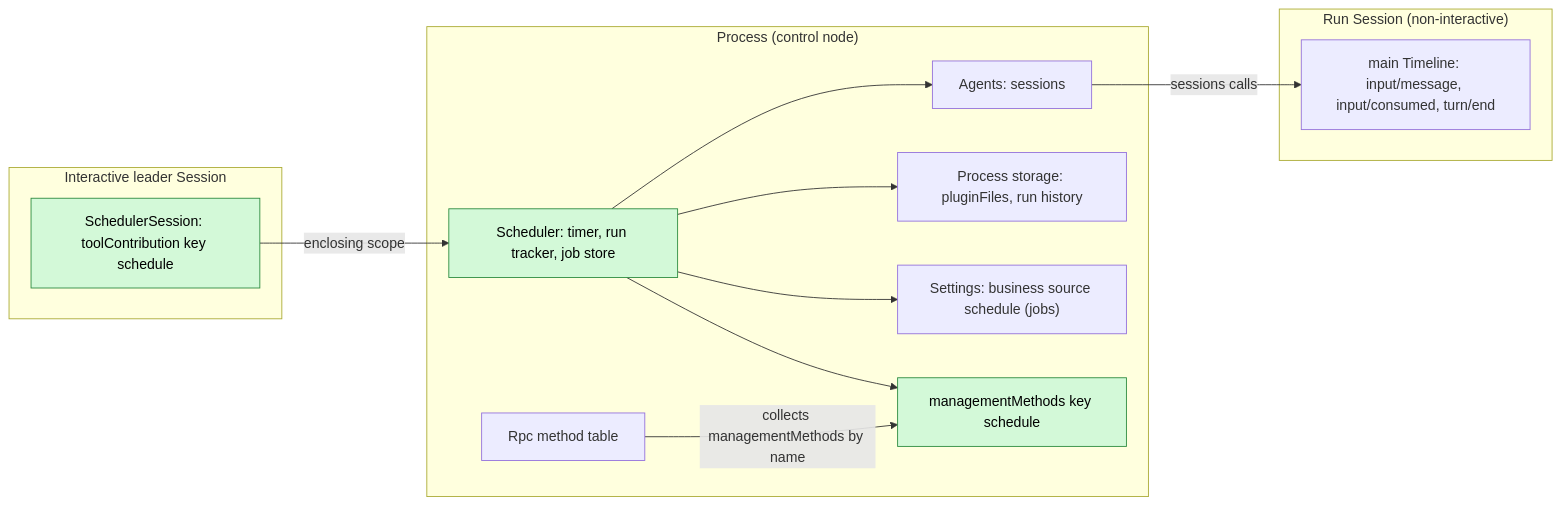
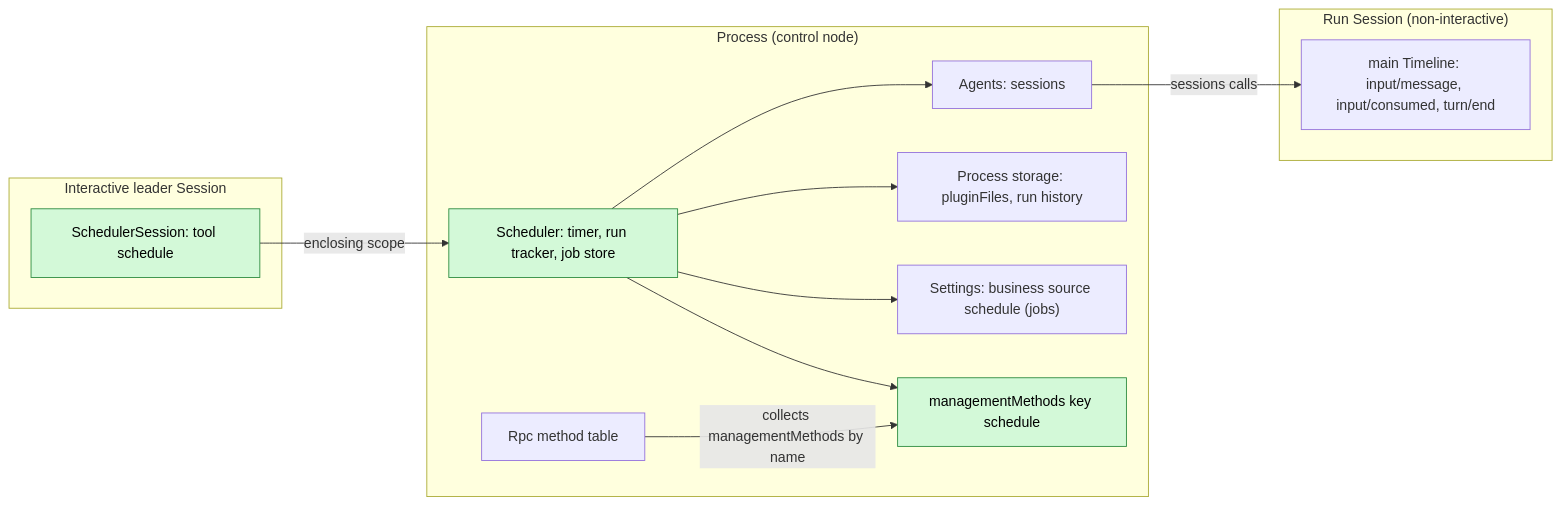
One commit to CoutinhoTTS/dim-agent changed the first of 6 diagrams in docs/design/plugins/Scheduler.md. Above: the diagram before and after it, drawn with Mermaid. The commit also changed other lines of this file and 101 other files, not shown here.

````diff
--- a/docs/design/plugins/Scheduler.md
+++ b/docs/design/plugins/Scheduler.md
@@ -15,26 +15,26 @@
 ```mermaid
 flowchart LR
   subgraph PROC["Process (control node)"]
     Sched["Scheduler: timer, run tracker, job store"]
     MM["managementMethods key schedule"]
     Agents["Agents: sessions"]
     Rpc["Rpc method table"]
     Store["Process storage: pluginFiles, run history"]
     Set["Settings: business source schedule (jobs)"]
   end
   subgraph SESS["Interactive leader Session"]
-    Tool["SchedulerSession: toolContribution key schedule"]
+    Tool["SchedulerSession: tool schedule"]
   end
   subgraph RUN["Run Session (non-interactive)"]
     TL["main Timeline: input/message, input/consumed, turn/end"]
   end
   Tool -->|"enclosing scope"| Sched
   Sched --> Agents
   Sched --> Store
   Sched --> Set
   Sched --> MM
   Rpc -->|"collects managementMethods by name"| MM
   Agents -->|"sessions calls"| TL
   classDef new fill:#d3f9d8,stroke:#2b8a3e,color:#000
   class Sched,MM,Tool new
 ```
````
